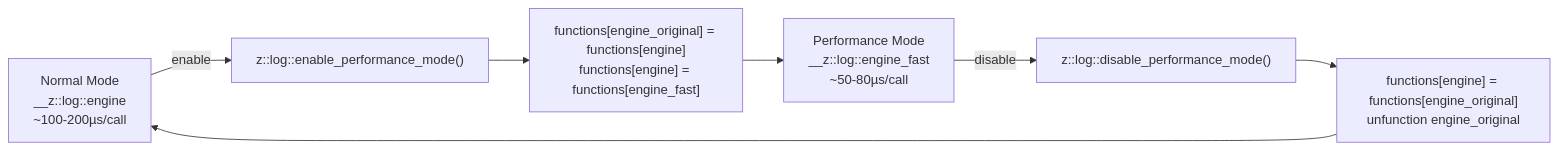
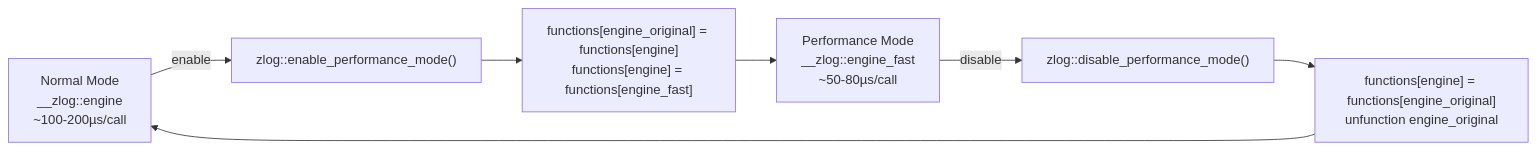
Diagram 19 of 20 in docs/architecture.md (Khodaparastan/zsh-log), drawn with Mermaid before and after one commit. The commit also changed other lines of this file and 14 other files, not shown here.

First line of the commit message:
update function prefixes from z::log:: to zlog:: in documentation and examples

````diff
--- a/docs/architecture.md
+++ b/docs/architecture.md
@@ -908,14 +908,14 @@
 ```mermaid
 flowchart LR
-    Normal["Normal Mode\n__z::log::engine\n~100-200µs/call"]
+    Normal["Normal Mode\n__zlog::engine\n~100-200µs/call"]
 
-    Enable["z::log::enable_performance_mode()"]
+    Enable["zlog::enable_performance_mode()"]
     Swap["functions[engine_original] = functions[engine]\nfunctions[engine] = functions[engine_fast]"]
-    Fast["Performance Mode\n__z::log::engine_fast\n~50-80µs/call"]
+    Fast["Performance Mode\n__zlog::engine_fast\n~50-80µs/call"]
 
-    Disable["z::log::disable_performance_mode()"]
+    Disable["zlog::disable_performance_mode()"]
     Restore["functions[engine] = functions[engine_original]\nunfunction engine_original"]
 
     Normal -->|enable| Enable --> Swap --> Fast
     Fast -->|disable| Disable --> Restore --> Normal
 ```
````
